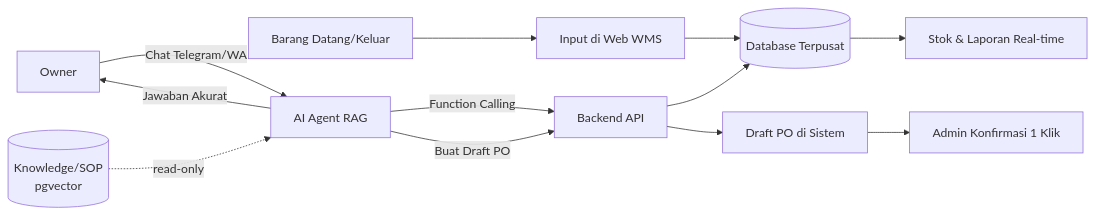
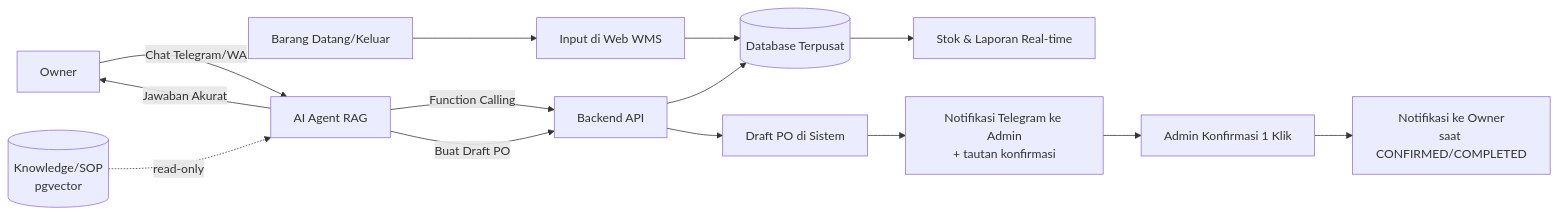
One commit to EkaBachrudin/ims changed the second of 2 diagrams in docs/BRD.md. Above: the diagram before and after it, drawn with Mermaid. The commit also changed other lines of this file and 17 other files, not shown here.

````diff
--- a/docs/BRD.md
+++ b/docs/BRD.md
@@ -151,14 +152,16 @@
 ```mermaid
 flowchart LR
     A[Barang Datang/Keluar] --> B[Input di Web WMS]
     B --> C[(Database Terpusat)]
     C --> D[Stok & Laporan Real-time]
     O[Owner] -->|Chat Telegram/WA| AI[AI Agent RAG]
     AI -->|Function Calling| API[Backend API]
     API --> C
     AI -->|Jawaban Akurat| O
     AI -->|Buat Draft PO| API
     API --> E[Draft PO di Sistem]
-    E --> F[Admin Konfirmasi 1 Klik]
+    E --> N[Notifikasi Telegram ke Admin<br/>+ tautan konfirmasi]
+    N --> F[Admin Konfirmasi 1 Klik]
+    F --> N2[Notifikasi ke Owner<br/>saat CONFIRMED/COMPLETED]
     KB[(Knowledge/SOP<br/>pgvector)] -.->|read-only| AI
 ```
````
